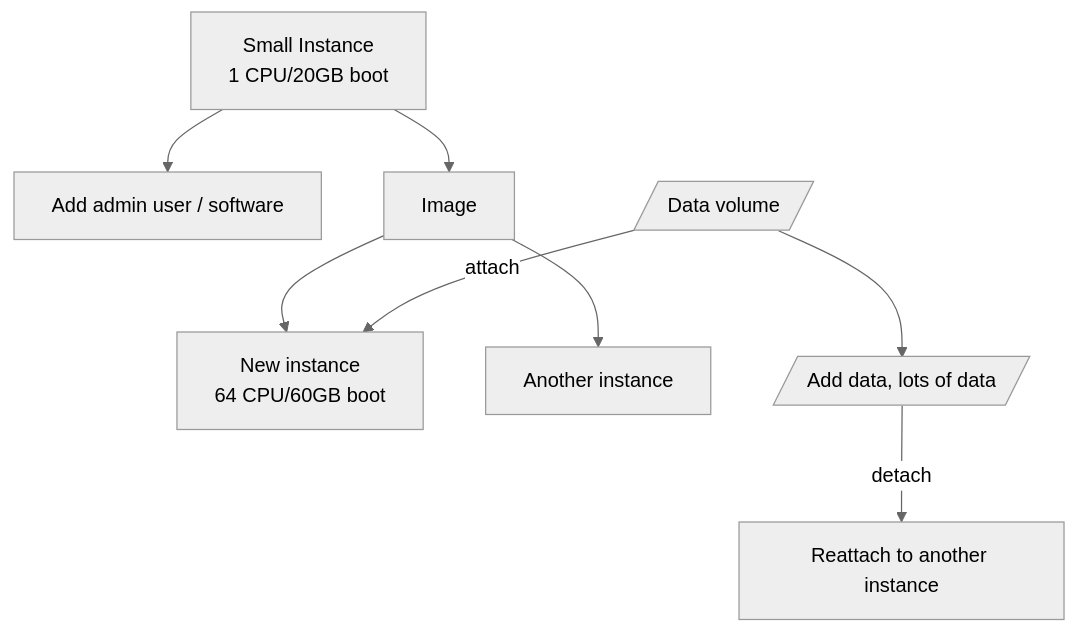
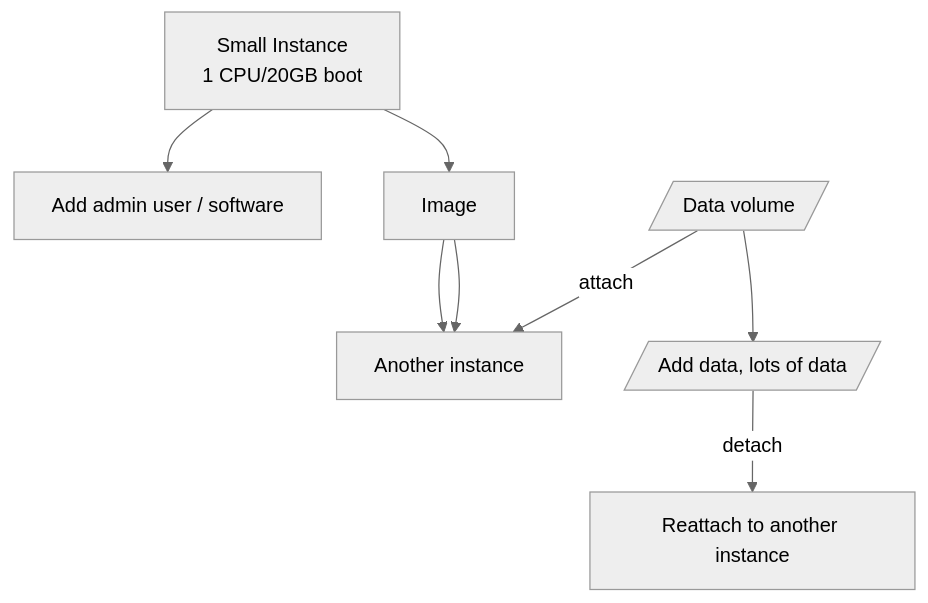
The diagram in getting-started.md (AntibodyEngineers/2024-Antibodies-and-AI), drawn with Mermaid (neutral theme) before and after one commit.

````diff
--- a/getting-started.md
+++ b/getting-started.md
@@ -7,10 +7,10 @@
 ```mermaid
     flowchart TD
     
     A[Small Instance<br/>1 CPU/20GB boot] --> B[Add admin user / software]
     A-->C[Image] --> D[New instance<br/>64 CPU/60GB boot]
     E[/Data volume/]
     E -- attach --> D
-    C --> I[Another instance]
+    C --> D[Another instance]
     E-->F[/Add data, lots of data/] -- detach --> H[Reattach to another instance]
 ```
````
